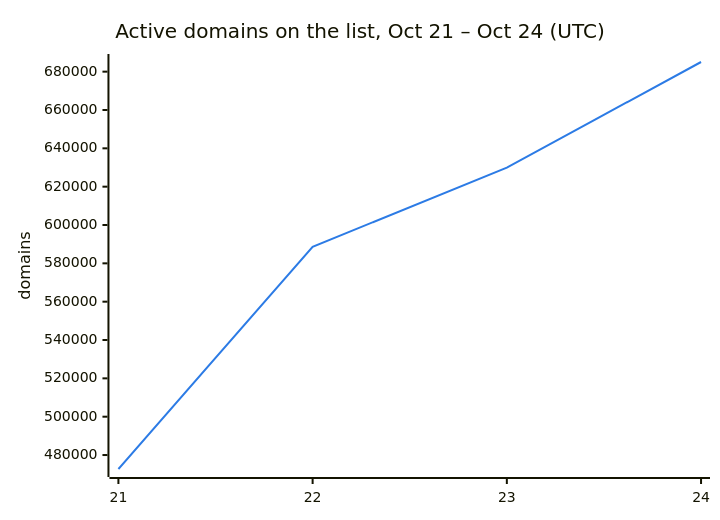
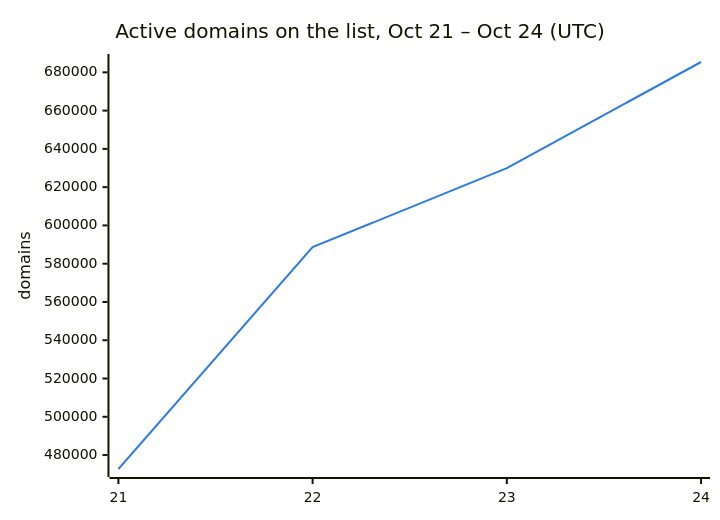
The second of 3 diagrams in README.md (DNSBunker/CTI), drawn with Mermaid before and after one commit. The commit also changed other lines of this file and 3 other files, not shown here.

````diff
--- a/README.md
+++ b/README.md
@@ -38,8 +38,8 @@
 ```mermaid
 %%{init: {"themeVariables": {"xyChart": {"plotColorPalette": "#2c7be5"}}}}%%
 xychart-beta
     title "Active domains on the list, Oct 21 – Oct 24 (UTC)"
     x-axis ["21", "22", "23", "24"]
     y-axis "domains"
-    line [472713, 588659, 629951, 685038]
+    line [472713, 588659, 629951, 685402]
 ```
````
